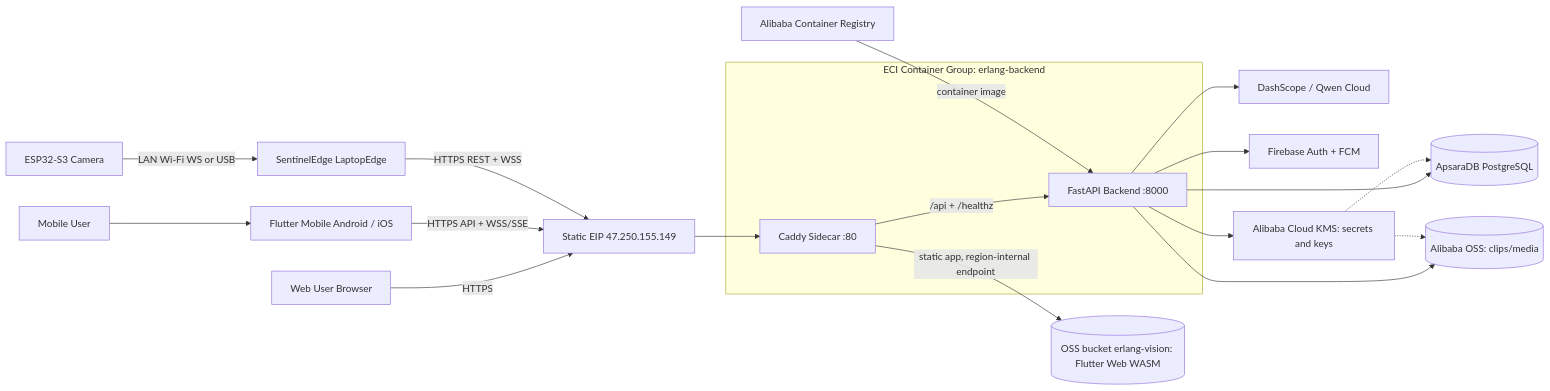
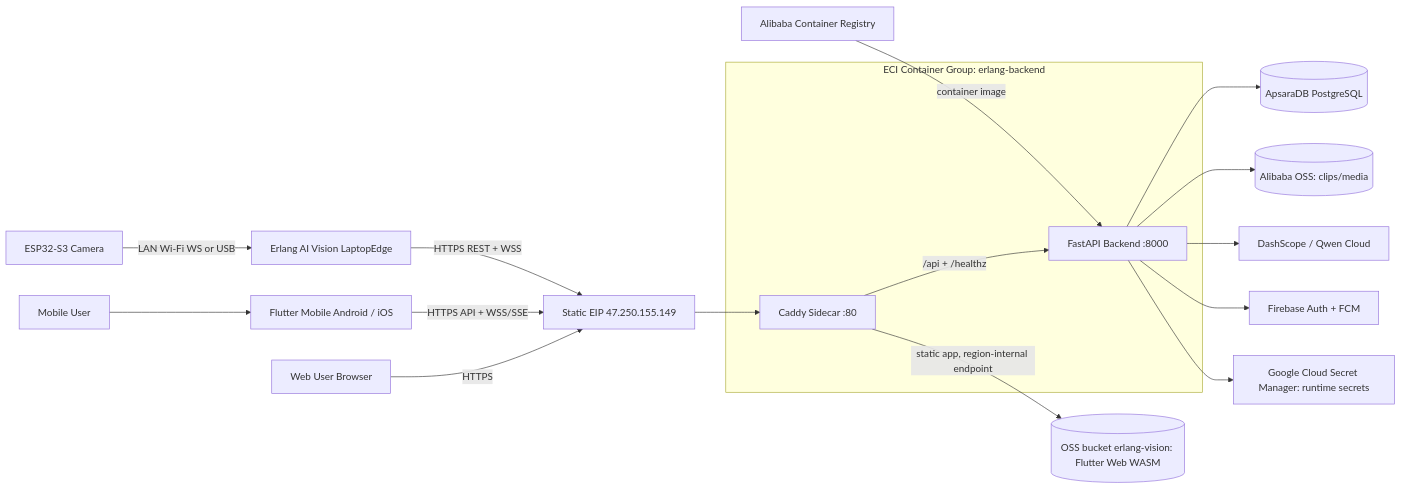
One commit to nickyui99/erlang-ai-vision-fullstack changed the diagram in docs/deployment/alibaba_cloud_architecture.md. Above: the diagram before and after it, drawn with Mermaid. The commit also changed other lines of this file and 74 other files, not shown here.

Commit message:
feat: complete Erlang rebrand and secret migration

````diff
--- a/docs/deployment/alibaba_cloud_architecture.md
+++ b/docs/deployment/alibaba_cloud_architecture.md
@@ -5,26 +5,24 @@
 ```mermaid
 flowchart LR
     WebUser[Web User Browser] -->|HTTPS| EIP[Static EIP 47.250.155.149]
     MobileUser[Mobile User] --> MobileApp[Flutter Mobile Android / iOS]
     MobileApp -->|HTTPS API + WSS/SSE| EIP
 
-    LaptopEdge[SentinelEdge LaptopEdge] -->|HTTPS REST + WSS| EIP
+    LaptopEdge[Erlang AI Vision LaptopEdge] -->|HTTPS REST + WSS| EIP
     ESP32[ESP32-S3 Camera] -->|LAN Wi-Fi WS or USB| LaptopEdge
 
     subgraph Group[ECI Container Group: erlang-backend]
         Caddy[Caddy Sidecar :80]
         ECI[FastAPI Backend :8000]
     end
     EIP --> Caddy
     Caddy -->|/api + /healthz| ECI
     Caddy -->|static app, region-internal endpoint| WebOSS[(OSS bucket erlang-vision: Flutter Web WASM)]
     ACR[Alibaba Container Registry] -->|container image| ECI
 
     ECI --> DB[(ApsaraDB PostgreSQL)]
     ECI --> MediaOSS[(Alibaba OSS: clips/media)]
     ECI --> Qwen[DashScope / Qwen Cloud]
     ECI --> Firebase[Firebase Auth + FCM]
-    ECI --> KMS[Alibaba Cloud KMS: secrets and keys]
-    KMS -.-> DB
-    KMS -.-> MediaOSS
+    ECI --> GSM[Google Cloud Secret Manager: runtime secrets]
 ```
````
